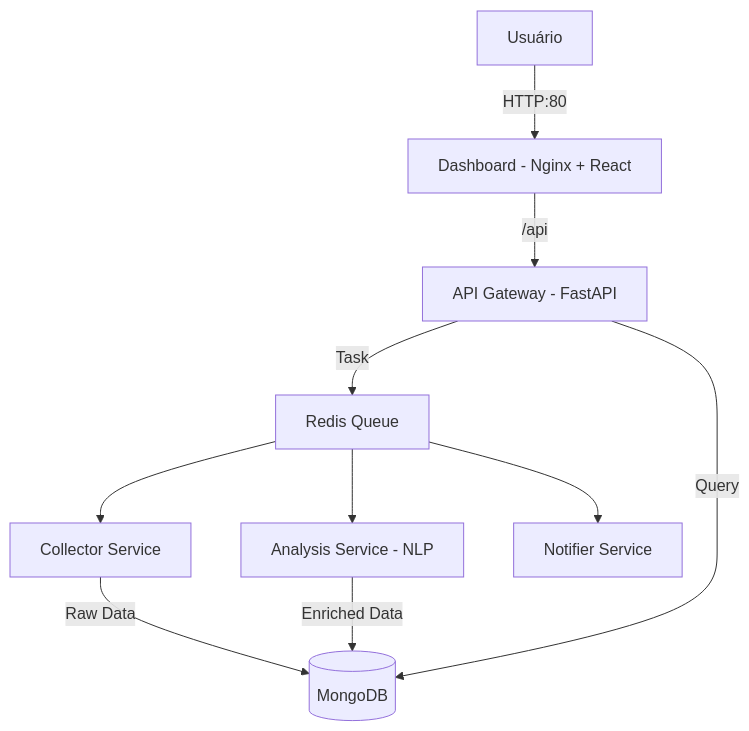
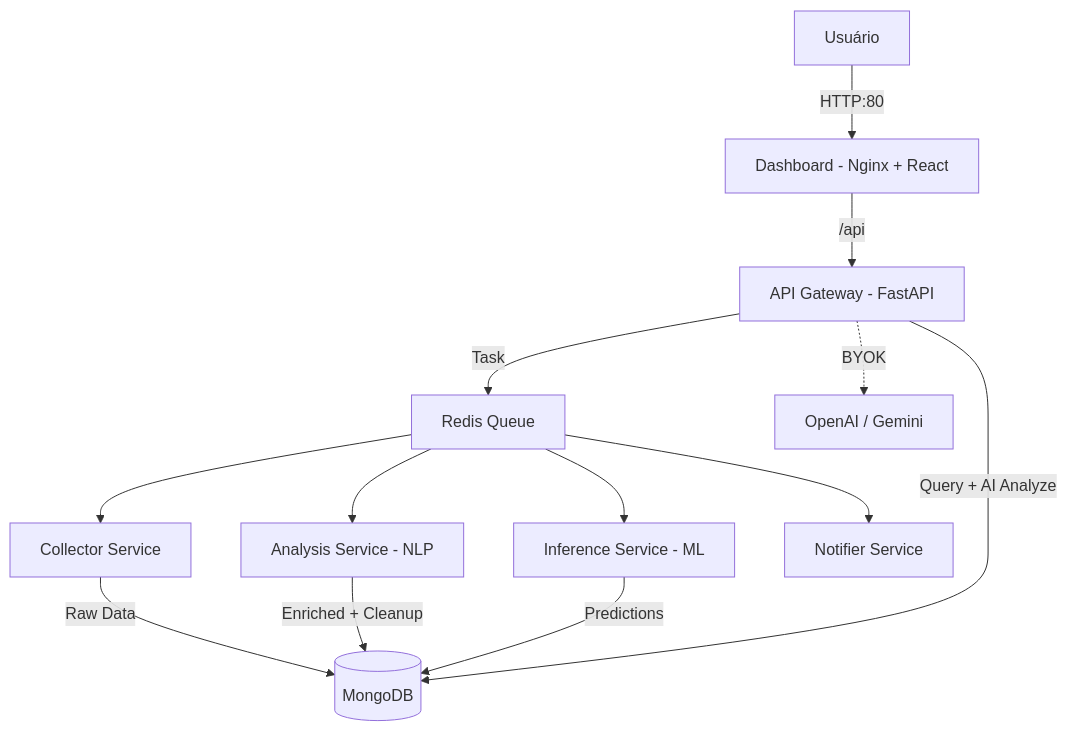
Before and after one commit to Haell39/OpenFinance_Intel: the diagram in README.md, drawn with Mermaid. The commit also changed other lines of this file and 2 other files, not shown here.

First line of the commit message:
Add ML/AI insights, inference service & API

````diff
--- a/README.md
+++ b/README.md
@@ -64,14 +86,18 @@
 ```mermaid
 graph TD
     User[Usuário] -->|HTTP:80| Nginx["Dashboard - Nginx + React"]
     Nginx -->|/api| API["API Gateway - FastAPI"]
 
     API -->|Task| Redis[Redis Queue]
     Redis --> Collector[Collector Service]
     Redis --> Analysis["Analysis Service - NLP"]
+    Redis --> Inference["Inference Service - ML"]
     Redis --> Notifier[Notifier Service]
 
     Collector -->|Raw Data| Mongo[(MongoDB)]
-    Analysis -->|Enriched Data| Mongo
-    API -->|Query| Mongo
+    Analysis -->|Enriched + Cleanup| Mongo
+    Inference -->|Predictions| Mongo
+    API -->|Query + AI Analyze| Mongo
+
+    API -.->|BYOK| OpenAI["OpenAI / Gemini"]
 ```
````
